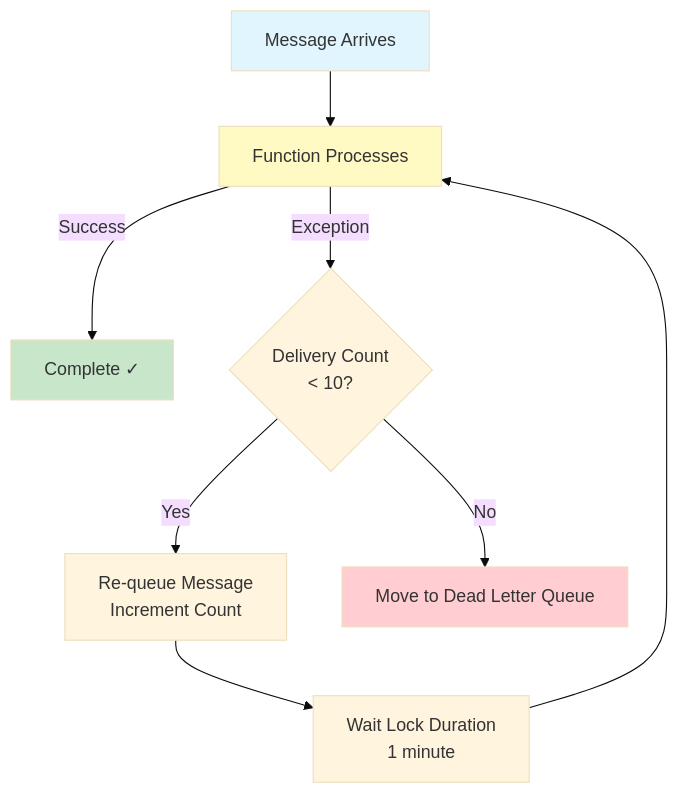
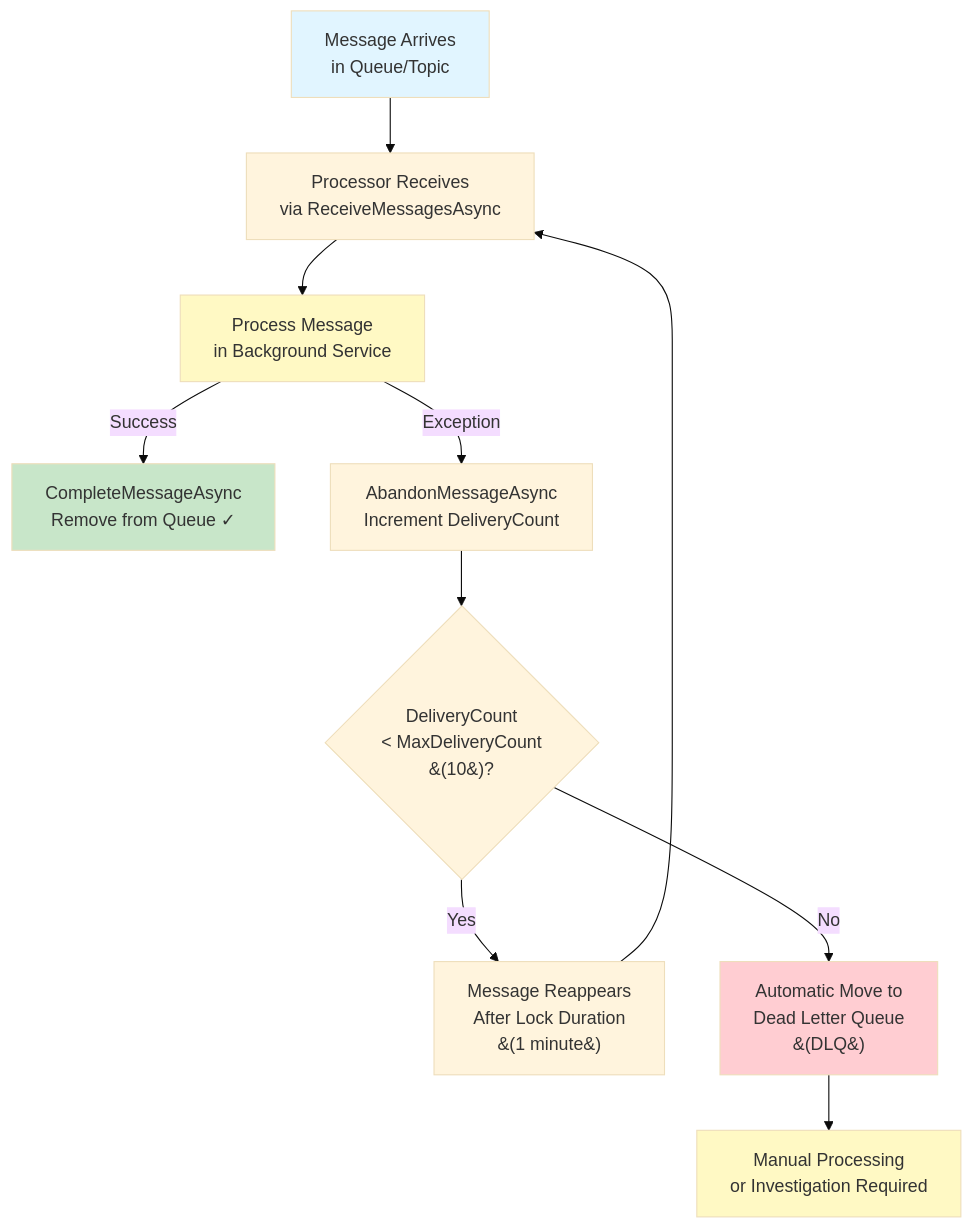
Before and after one commit to vksolanki/azure-containerapp-eventdriven-demo: the fifth of 6 diagrams in ARCHITECTURE.md, drawn with Mermaid (base theme). The commit also changed other lines of this file, not shown here.

````diff
--- a/ARCHITECTURE.md
+++ b/ARCHITECTURE.md
@@ -156,15 +202,22 @@
 ```mermaid
 graph TD
-    Msg[Message Arrives] --> Process[Function Processes]
-    Process -->|Success| Complete[Complete ✓]
-    Process -->|Exception| Count{Delivery Count<br/>< 10?}
-    Count -->|Yes| Retry[Re-queue Message<br/>Increment Count]
-    Retry --> Wait[Wait Lock Duration<br/>1 minute]
-    Wait --> Process
-    Count -->|No| DLQ[Move to Dead Letter Queue]
+    Msg[Message Arrives<br/>in Queue/Topic] --> Receive[Processor Receives<br/>via ReceiveMessagesAsync]
+    Receive --> Process[Process Message<br/>in Background Service]
+    Process -->|Success| Complete[CompleteMessageAsync<br/>Remove from Queue ✓]
+    Process -->|Exception| Abandon[AbandonMessageAsync<br/>Increment DeliveryCount]
+    
+    Abandon --> Count{DeliveryCount<br/>< MaxDeliveryCount<br/>&#40;10&#41;?}
+    
+    Count -->|Yes| Wait[Message Reappears<br/>After Lock Duration<br/>&#40;1 minute&#41;]
+    Wait --> Receive
+    
+    Count -->|No| DLQ[Automatic Move to<br/>Dead Letter Queue<br/>&#40;DLQ&#41;]
+    
+    DLQ --> Manual[Manual Processing<br/>or Investigation Required]
     
     style Complete fill:#c8e6c9
     style DLQ fill:#ffcdd2
     style Msg fill:#e1f5ff
     style Process fill:#fff9c4
+    style Manual fill:#fff9c4
 ```
````
